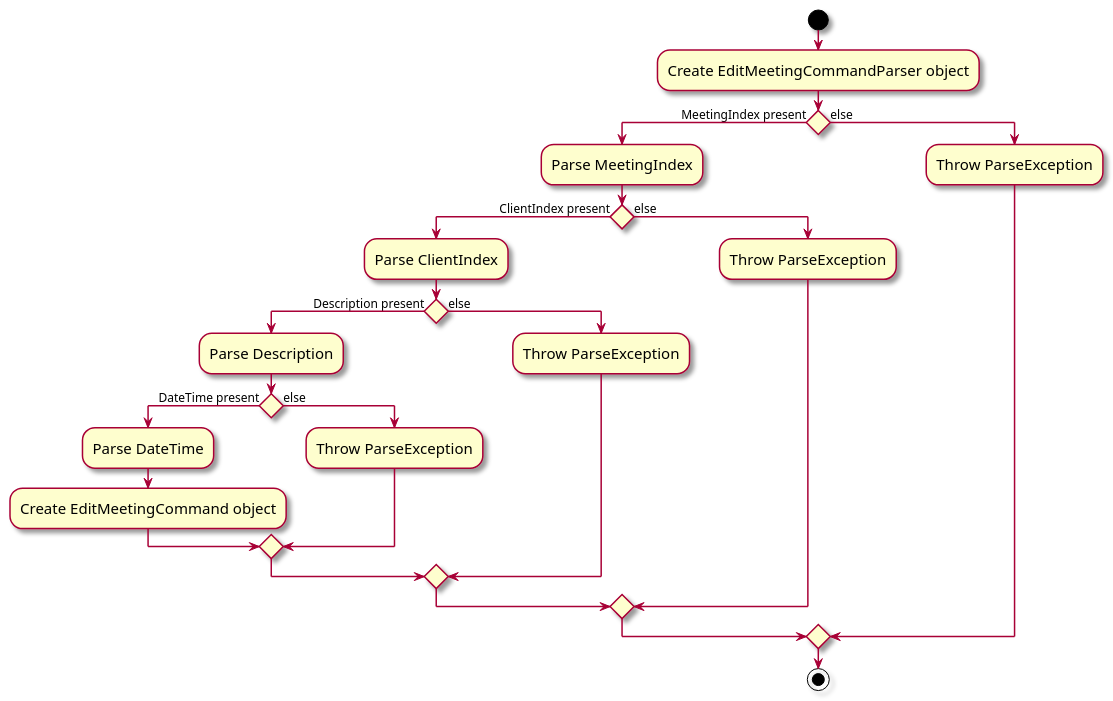
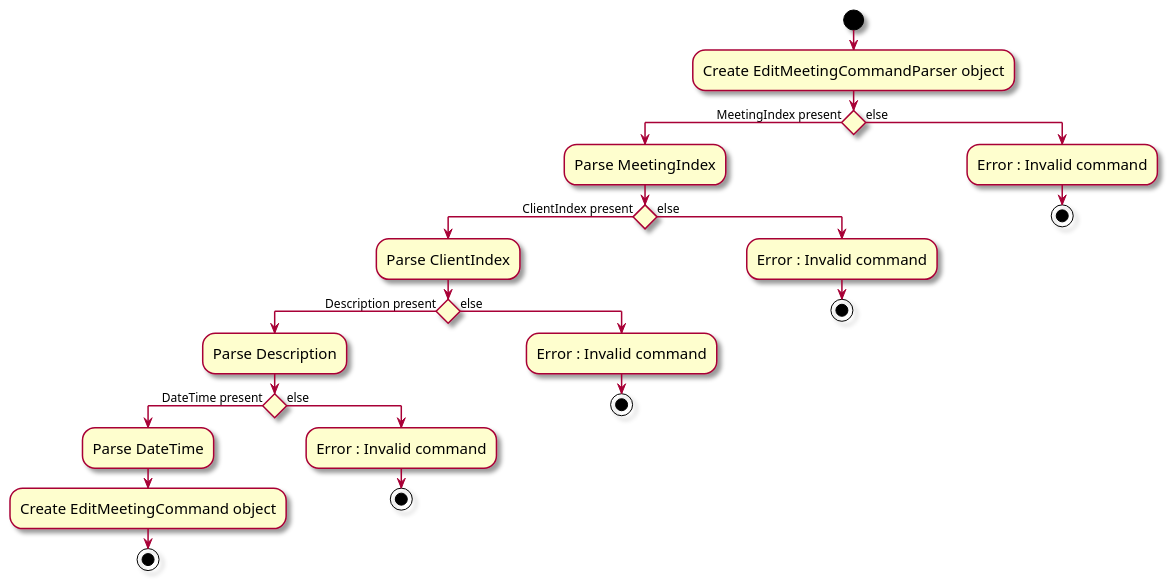
The diagram in docs/diagrams/EditMeetingCommandParserActivityDiagram.puml (sethteo/tp), drawn with PlantUML before and after one commit. The commit also changed 3 other files, not shown here.

Commit message:
Add UML diagrams

```diff
--- a/docs/diagrams/EditMeetingCommandParserActivityDiagram.puml
+++ b/docs/diagrams/EditMeetingCommandParserActivityDiagram.puml
@@ -1,30 +1,35 @@
 @startuml
 skin rose
 skinparam ActivityFontSize 15
 skinparam ArrowFontSize 12
 start
 :Create EditMeetingCommandParser object;
 
 if () then (MeetingIndex present)
     :Parse MeetingIndex;
     if () then (ClientIndex present)
         :Parse ClientIndex;
         if () then (Description present)
             :Parse Description;
             if () then (DateTime present)
                 :Parse DateTime;
                 :Create EditMeetingCommand object;
+                stop
             else (else)
-                :Throw ParseException;
+                :Error : Invalid command;
+                stop
             endif
         else (else)
-            :Throw ParseException;
+            :Error : Invalid command;
+            stop
         endif
     else (else)
-        :Throw ParseException;
+        :Error : Invalid command;
+        stop
     endif
 else (else)
-    :Throw ParseException;
+    :Error : Invalid command;
+    stop
 endif
-stop
+
 @enduml
```
